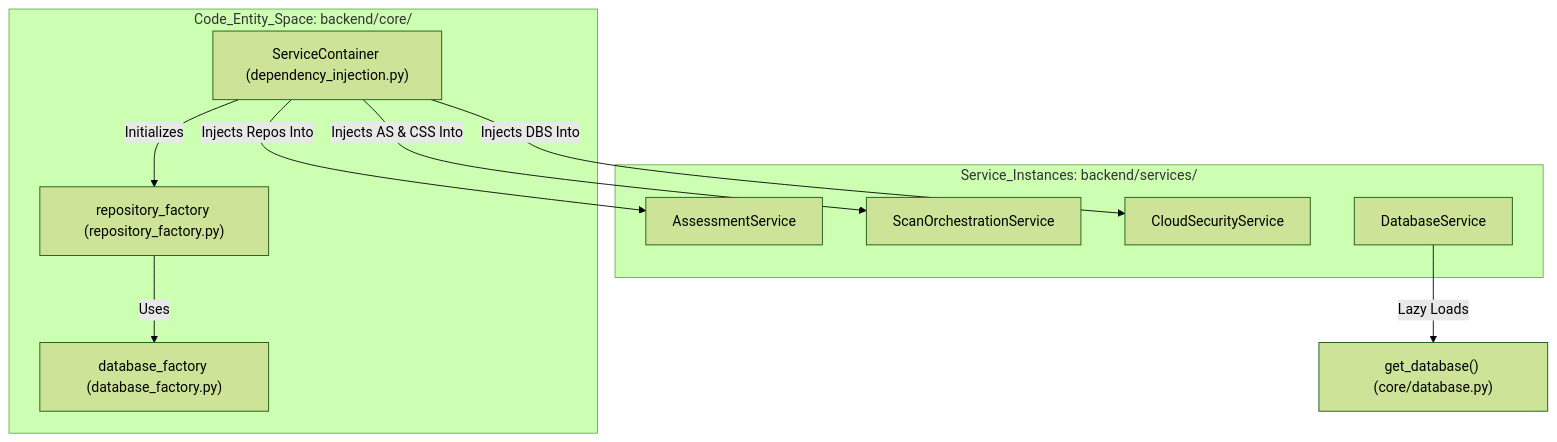
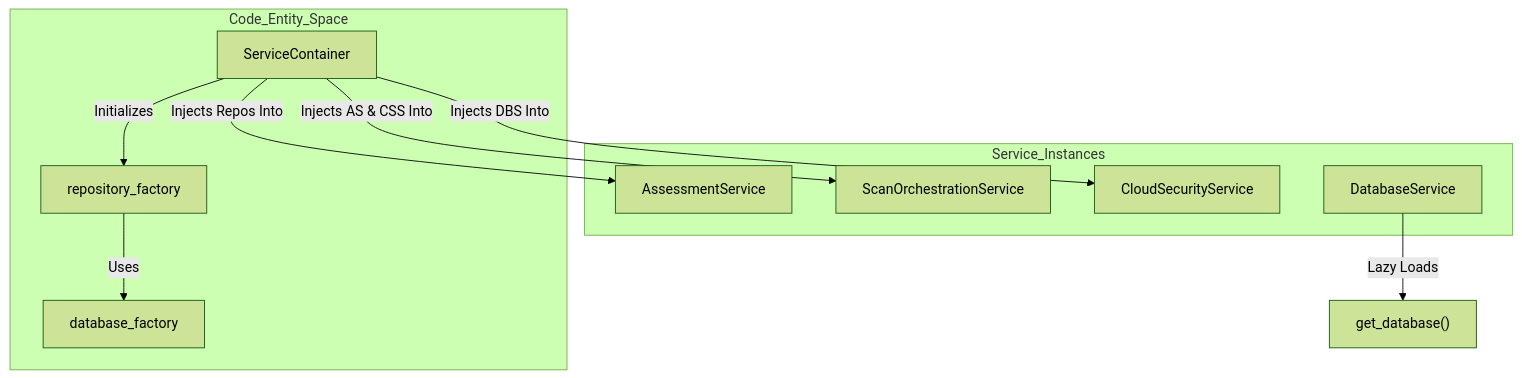
Before and after one commit to niteshsaini/offloadsecurity-docs: the first of 2 diagrams in docs/data-layer/core-services.md, drawn with Mermaid (forest theme). The commit also changed other lines of this file and 16 other files, not shown here.

````diff
--- a/docs/data-layer/core-services.md
+++ b/docs/data-layer/core-services.md
@@ -21,22 +21,22 @@
 ```mermaid
 graph TD
-    subgraph "Code_Entity_Space: backend/core/"
-        SC["ServiceContainer (dependency_injection.py)"]
-        RF["repository_factory (repository_factory.py)"]
-        DF["database_factory (database_factory.py)"]
+    subgraph "Code_Entity_Space"
+        SC["ServiceContainer"]
+        RF["repository_factory"]
+        DF["database_factory"]
     end
 
-    subgraph "Service_Instances: backend/services/"
+    subgraph "Service_Instances"
         AS["AssessmentService"]
         SOS["ScanOrchestrationService"]
         CSS["CloudSecurityService"]
         DBS["DatabaseService"]
     end
 
     SC -->|Initializes| RF
     RF -->|Uses| DF
     SC -->|Injects Repos Into| AS
     SC -->|Injects DBS Into| CSS
     SC -->|Injects AS & CSS Into| SOS
-    DBS -->|Lazy Loads| DB["get_database() (core/database.py)"]
+    DBS -->|Lazy Loads| DB["get_database()"]
 ```
````
